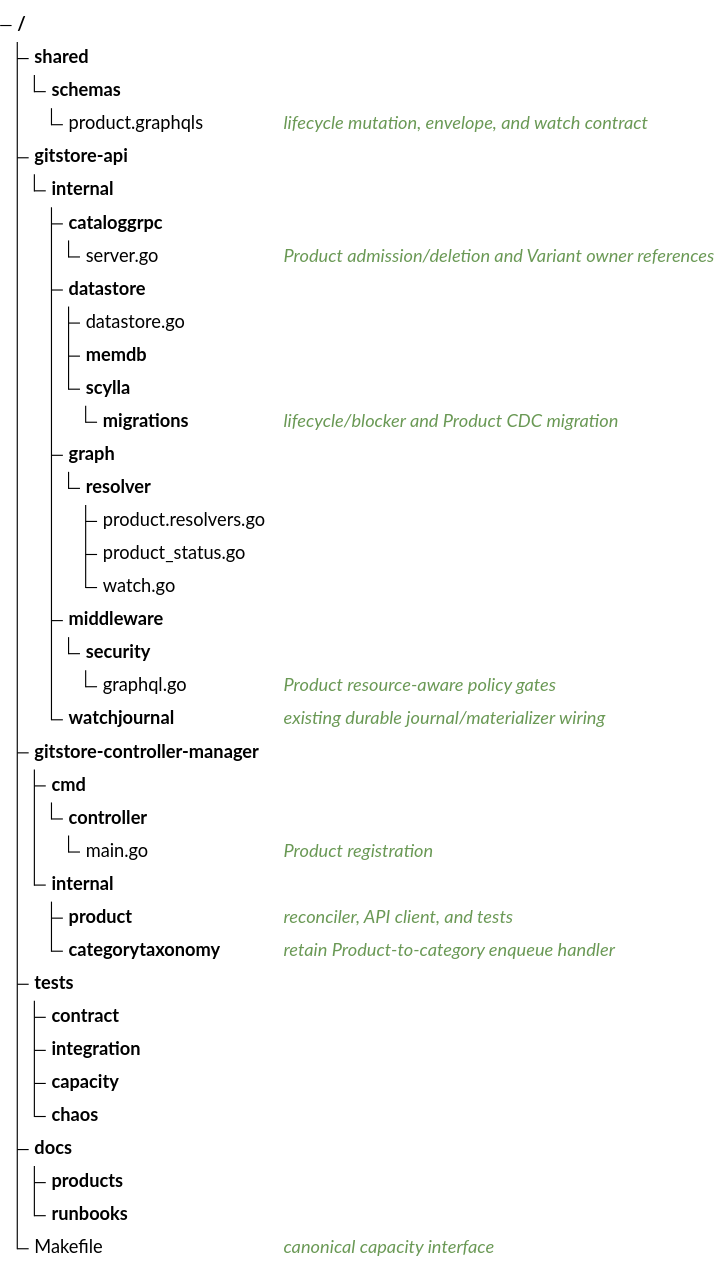
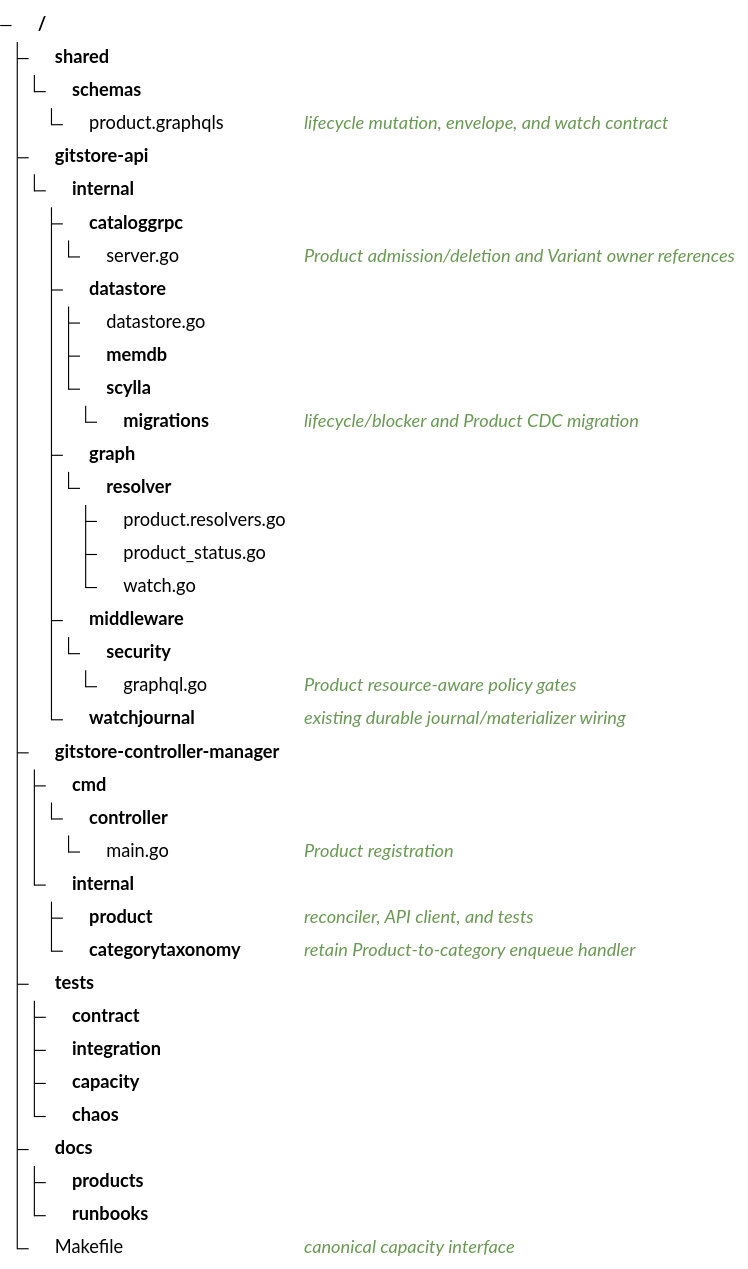
Before and after one commit to gitstore-dev/GitStore: the second of 2 diagrams in specs/055-product-lifecycle/plan.md, drawn with Mermaid. The commit also changed other lines of this file, not shown here.

Commit message:
docs(plan): show treeview icons

````diff
--- a/specs/055-product-lifecycle/plan.md
+++ b/specs/055-product-lifecycle/plan.md
@@ -79,40 +80,41 @@
 ```mermaid
+%%{init: {"treeView": {"showIcons": true}} }%%
 treeView-beta
     shared/
         schemas/
             product.graphqls ## lifecycle mutation, envelope, and watch contract
     gitstore-api/
         internal/
             cataloggrpc/
                 server.go ## Product admission/deletion and Variant owner references
             datastore/
                 datastore.go
                 memdb/
                 scylla/
                     migrations/ ## lifecycle/blocker and Product CDC migration
             graph/
                 resolver/
                     product.resolvers.go
                     product_status.go
                     watch.go
             middleware/
                 security/
                     graphql.go ## Product resource-aware policy gates
             watchjournal/ ## existing durable journal/materializer wiring
     gitstore-controller-manager/
         cmd/
             controller/
                 main.go ## Product registration
         internal/
             product/ ## reconciler, API client, and tests
             categorytaxonomy/ ## retain Product-to-category enqueue handler
     tests/
         contract/
         integration/
         capacity/
         chaos/
     docs/
         products/
         runbooks/
     Makefile ## canonical capacity interface
 ```
````
